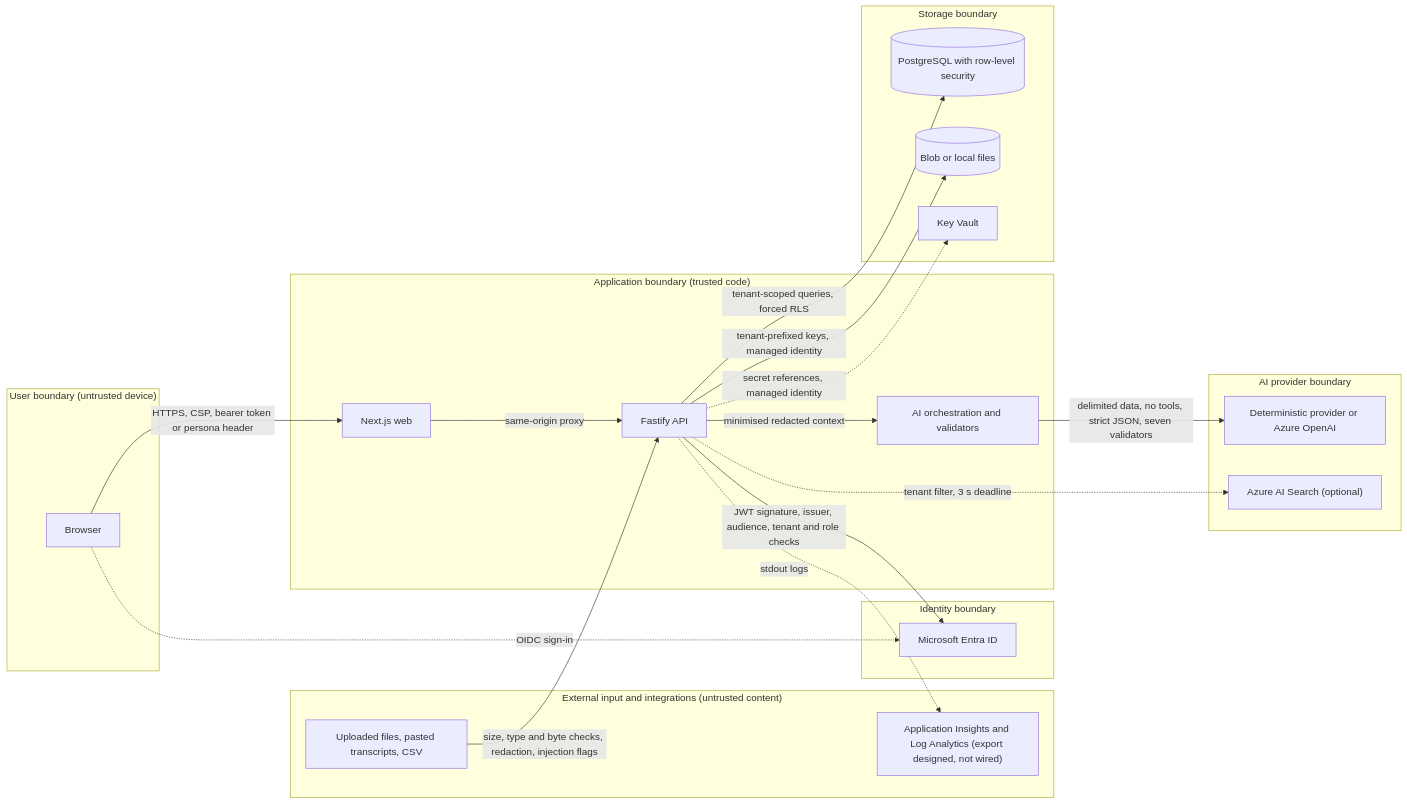
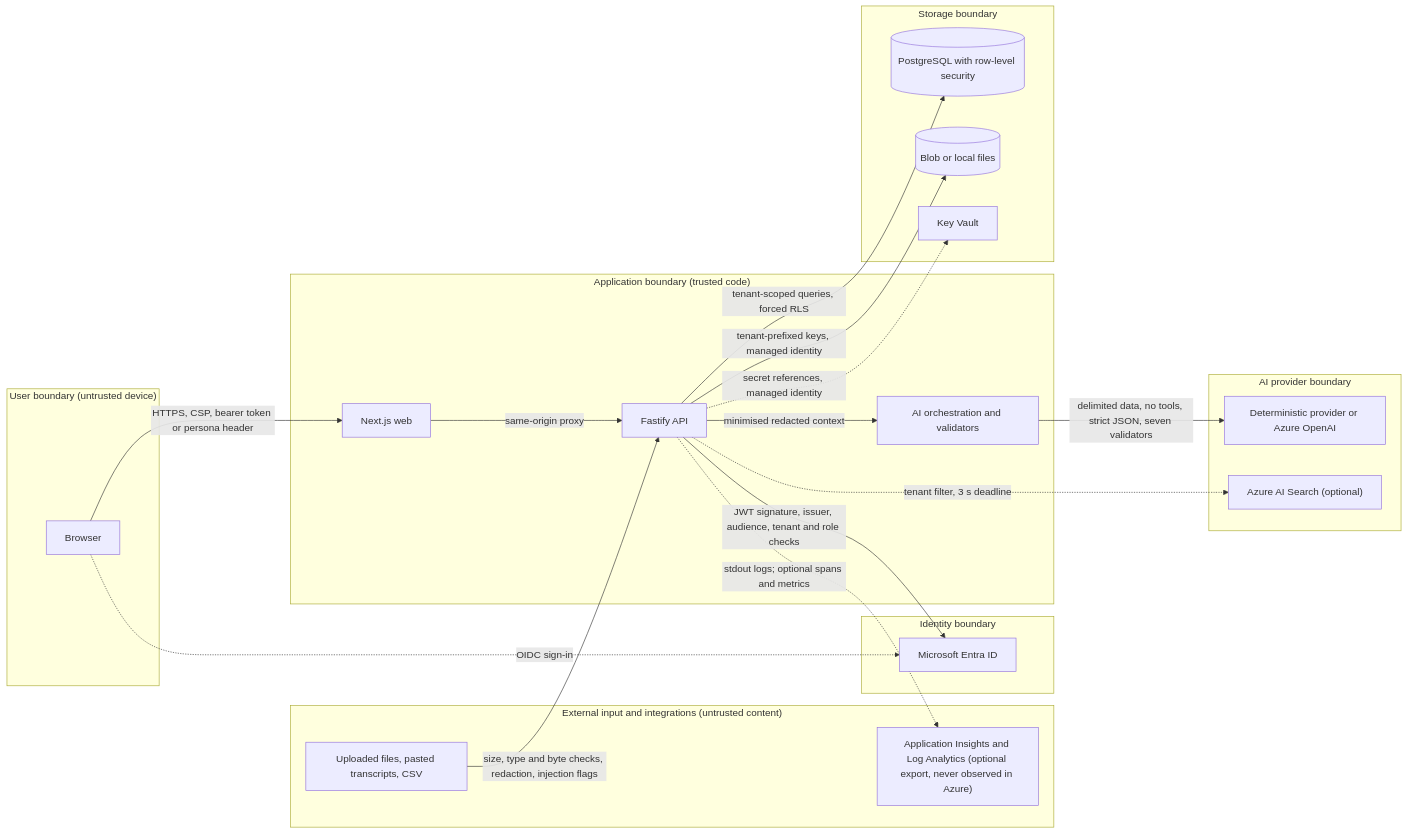
The fifth of 6 diagrams in docs/ARCHITECTURE.md (snowjug/CaseGuard-Ai), drawn with Mermaid before and after one commit. The commit also changed other lines of this file and 15 other files, not shown here.

````diff
--- a/docs/ARCHITECTURE.md
+++ b/docs/ARCHITECTURE.md
@@ -430,39 +433,39 @@
 ```mermaid
 flowchart LR
     subgraph UserB["User boundary (untrusted device)"]
         B["Browser"]
     end
     subgraph ExtB["External input and integrations (untrusted content)"]
         F["Uploaded files, pasted transcripts, CSV"]
-        Mon["Application Insights and Log Analytics (export designed, not wired)"]
+        Mon["Application Insights and Log Analytics (optional export, never observed in Azure)"]
     end
     subgraph IdB["Identity boundary"]
         E["Microsoft Entra ID"]
     end
     subgraph AppB["Application boundary (trusted code)"]
         W["Next.js web"]
         A["Fastify API"]
         O["AI orchestration and validators"]
     end
     subgraph AiB["AI provider boundary"]
         M["Deterministic provider or Azure OpenAI"]
         S["Azure AI Search (optional)"]
     end
     subgraph StB["Storage boundary"]
         P[("PostgreSQL with row-level security")]
         Bl[("Blob or local files")]
         K["Key Vault"]
     end
     B -->|"HTTPS, CSP, bearer token or persona header"| W
     B -.->|"OIDC sign-in"| E
     W -->|"same-origin proxy"| A
     A -->|"JWT signature, issuer, audience, tenant and role checks"| E
     F -->|"size, type and byte checks, redaction, injection flags"| A
     A -->|"tenant-scoped queries, forced RLS"| P
     A -->|"tenant-prefixed keys, managed identity"| Bl
     A -->|"minimised redacted context"| O
     O -->|"delimited data, no tools, strict JSON, seven validators"| M
     A -.->|"tenant filter, 3 s deadline"| S
     A -.->|"secret references, managed identity"| K
-    A -.->|"stdout logs"| Mon
+    A -.->|"stdout logs; optional spans and metrics"| Mon
 ```
````
